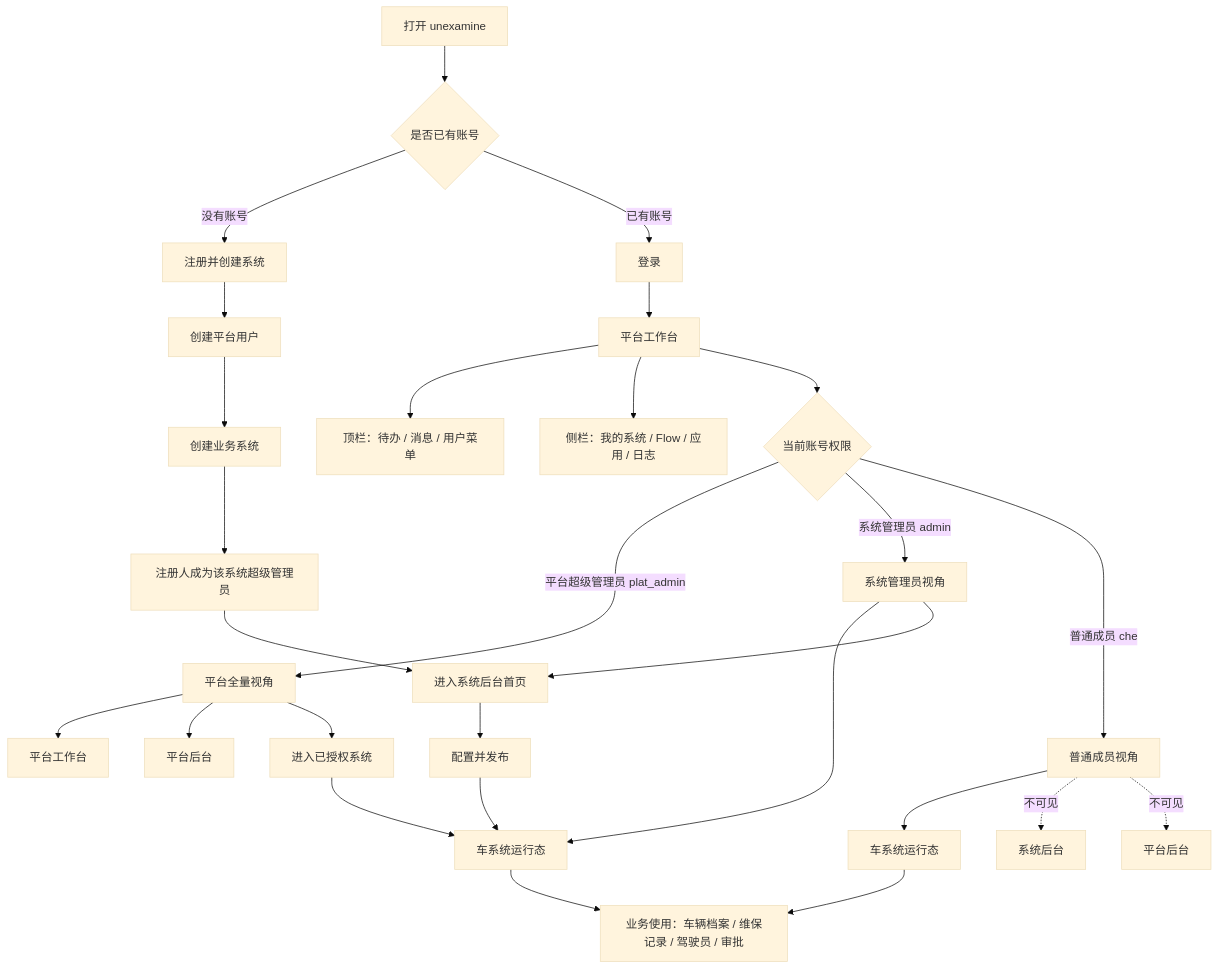
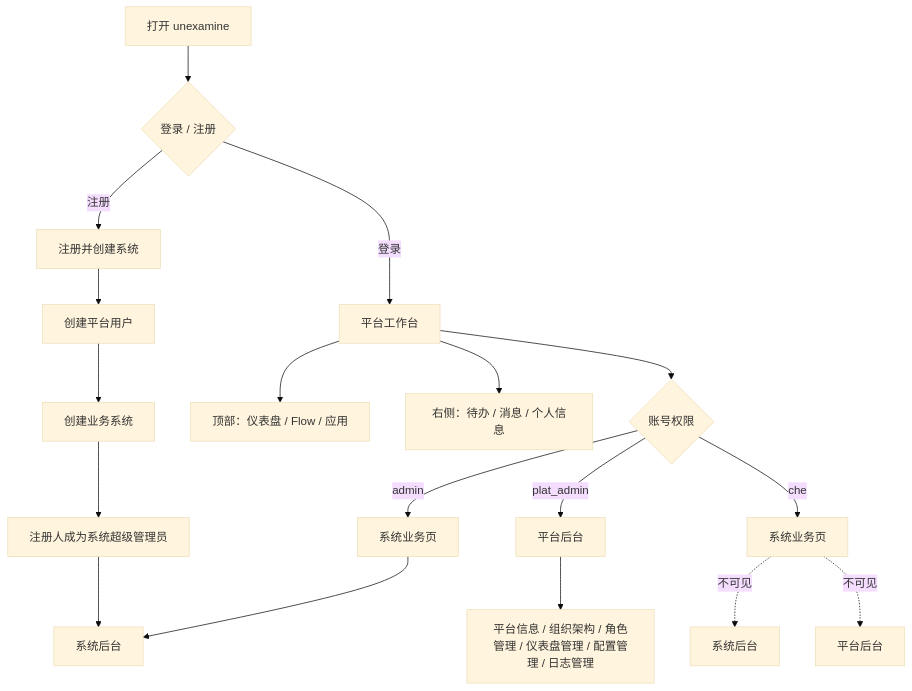
Before and after one commit to ceshi20160607/examine2: the first of 6 diagrams in docs/product-ns-map.md, drawn with Mermaid (base theme). The commit also changed other lines of this file and 112 other files, not shown here.

````diff
--- a/docs/product-ns-map.md
+++ b/docs/product-ns-map.md
@@ -16,35 +8,22 @@
 ```mermaid
 flowchart TD
-    A["打开 unexamine"] --> B{"是否已有账号"}
-    B -->|没有账号| C["注册并创建系统"]
+    A["打开 unexamine"] --> B{"登录 / 注册"}
+    B -->|注册| C["注册并创建系统"]
     C --> C1["创建平台用户"]
     C1 --> C2["创建业务系统"]
-    C2 --> C3["注册人成为该系统超级管理员"]
-    C3 --> H_SYS_ADMIN["进入系统后台首页"]
+    C2 --> C3["注册人成为系统超级管理员"]
+    C3 --> S_ADMIN["系统后台"]
 
-    B -->|已有账号| D["登录"]
-    D --> E["平台工作台"]
-    E --> E_TOP["顶栏：待办 / 消息 / 用户菜单"]
-    E --> E_SIDE["侧栏：我的系统 / Flow / 应用 / 日志"]
-    E --> F{"当前账号权限"}
+    B -->|登录| D["平台工作台"]
+    D --> D1["顶部：仪表盘 / Flow / 应用"]
+    D --> D2["右侧：待办 / 消息 / 个人信息"]
+    D --> E{"账号权限"}
 
-    F -->|平台超级管理员 plat_admin| P_FULL["平台全量视角"]
-    P_FULL --> P_WORK["平台工作台"]
-    P_FULL --> P_ADMIN["平台后台"]
-    P_FULL --> S_ENTRY["进入已授权系统"]
-
-    F -->|系统管理员 admin| S_ADMIN_ROLE["系统管理员视角"]
-    S_ADMIN_ROLE --> S_RUNTIME_ADMIN["车系统运行态"]
-    S_ADMIN_ROLE --> H_SYS_ADMIN
-
-    F -->|普通成员 che| S_MEMBER_ROLE["普通成员视角"]
-    S_MEMBER_ROLE --> S_RUNTIME_CHE["车系统运行态"]
-    S_MEMBER_ROLE -. "不可见" .-> NO_SYS_ADMIN["系统后台"]
-    S_MEMBER_ROLE -. "不可见" .-> NO_PLAT_ADMIN["平台后台"]
-
-    S_ENTRY --> S_RUNTIME_ADMIN
-    H_SYS_ADMIN --> S_PUBLISH["配置并发布"]
-    S_PUBLISH --> S_RUNTIME_ADMIN
-    S_RUNTIME_CHE --> BIZ["业务使用：车辆档案 / 维保记录 / 驾驶员 / 审批"]
-    S_RUNTIME_ADMIN --> BIZ
+    E -->|plat_admin| P_ADMIN["平台后台"]
+    P_ADMIN --> P_NAV["平台信息 / 组织架构 / 角色管理 / 仪表盘管理 / 配置管理 / 日志管理"]
+    E -->|admin| S_RUNTIME_ADMIN["系统业务页"]
+    S_RUNTIME_ADMIN --> S_ADMIN
+    E -->|che| S_RUNTIME_CHE["系统业务页"]
+    S_RUNTIME_CHE -. "不可见" .-> NO_SYS_ADMIN["系统后台"]
+    S_RUNTIME_CHE -. "不可见" .-> NO_PLAT_ADMIN["平台后台"]
 ```
````
